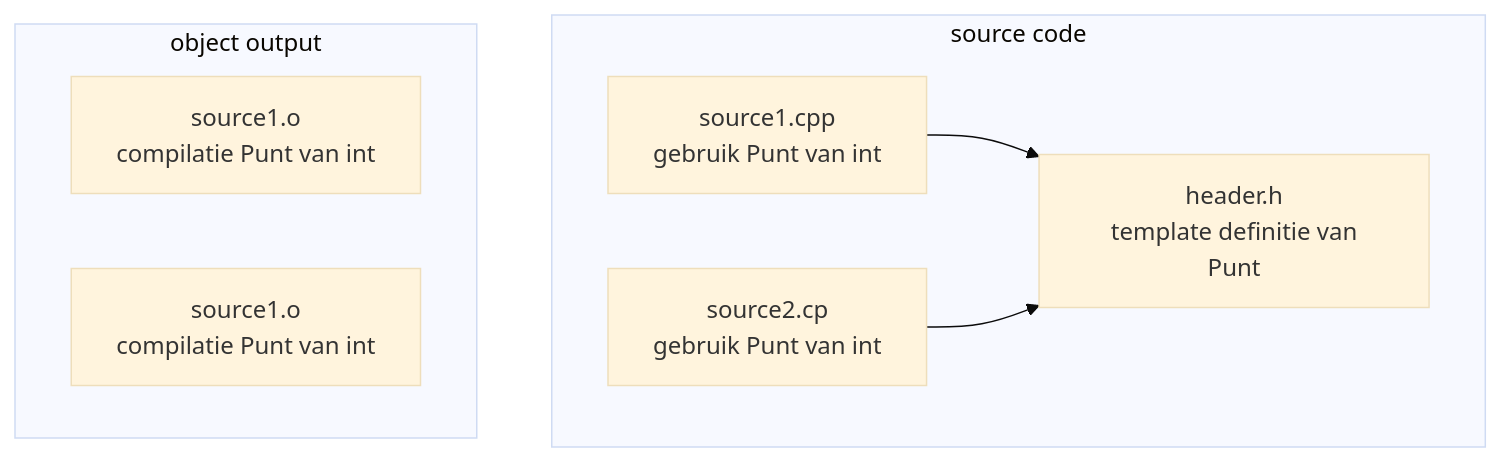
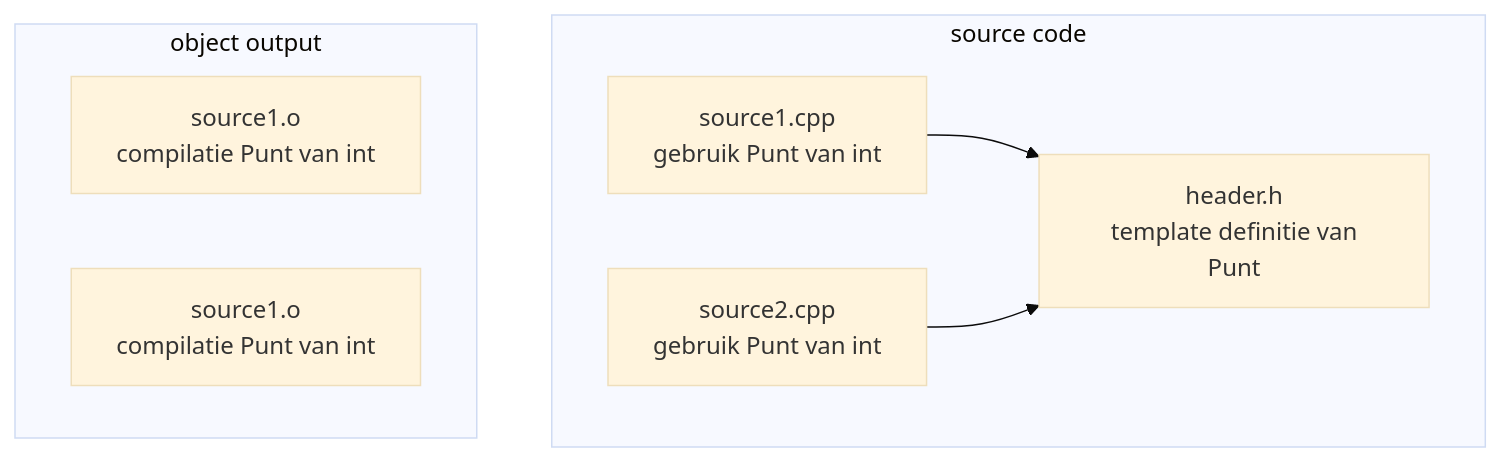
Before and after one commit to wgroeneveld/brainbaking: the second of 2 diagrams in content/teaching/cpp/labo-6.md, drawn with Mermaid (base theme).

Commit message:
Fix small typo
.cp -> .cpp

```diff
--- a/content/teaching/cpp/labo-6.md
+++ b/content/teaching/cpp/labo-6.md
@@ -316,14 +316,14 @@
 {{<mermaid>}}
 graph TD;
   subgraph source code
     H[header.h<br/> template definitie van Punt]
     A[source1.cpp<br/> gebruik Punt van int]
-    B[source2.cp<br/> gebruik Punt van int]
+    B[source2.cpp<br/> gebruik Punt van int]
     A --> H
     B --> H
   end
   subgraph object output
     O[source1.o<br/> compilatie Punt van int]
     P[source1.o<br/> compilatie Punt van int]
   end
 {{< /mermaid >}}
```
